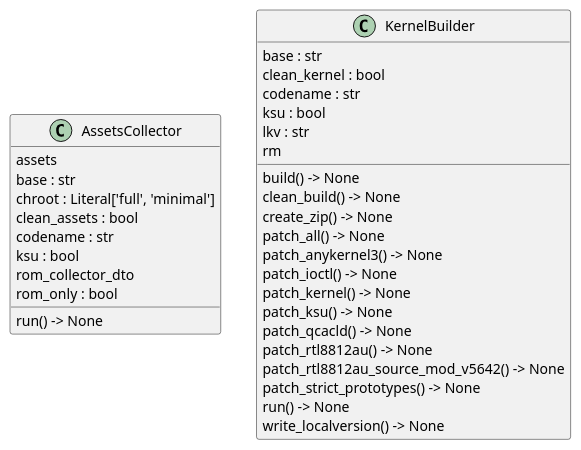
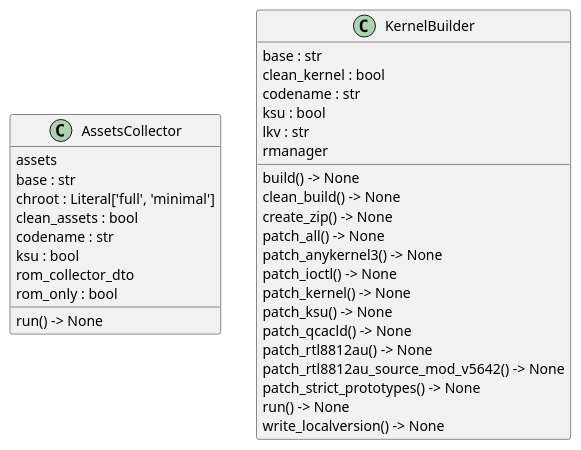
One commit to seppzer0/zero_kernel changed the diagram in docs/architecture/core/classes.puml. Above: the diagram before and after it, drawn with PlantUML. The commit also changed 5 other files, not shown here.

```diff
--- a/docs/architecture/core/classes.puml
+++ b/docs/architecture/core/classes.puml
@@ -1,36 +1,36 @@
 @startuml classes
 set namespaceSeparator none
 class "AssetsCollector" as core.assets_collector.AssetsCollector {
   assets
   base : str
   chroot : Literal['full', 'minimal']
   clean_assets : bool
   codename : str
   ksu : bool
   rom_collector_dto
   rom_only : bool
   run() -> None
 }
 class "KernelBuilder" as core.kernel_builder.KernelBuilder {
   base : str
   clean_kernel : bool
   codename : str
   ksu : bool
   lkv : str
-  rm
+  rmanager
   build() -> None
   clean_build() -> None
   create_zip() -> None
   patch_all() -> None
   patch_anykernel3() -> None
   patch_ioctl() -> None
   patch_kernel() -> None
   patch_ksu() -> None
   patch_qcacld() -> None
   patch_rtl8812au() -> None
   patch_rtl8812au_source_mod_v5642() -> None
   patch_strict_prototypes() -> None
   run() -> None
   write_localversion() -> None
 }
 @enduml
```
